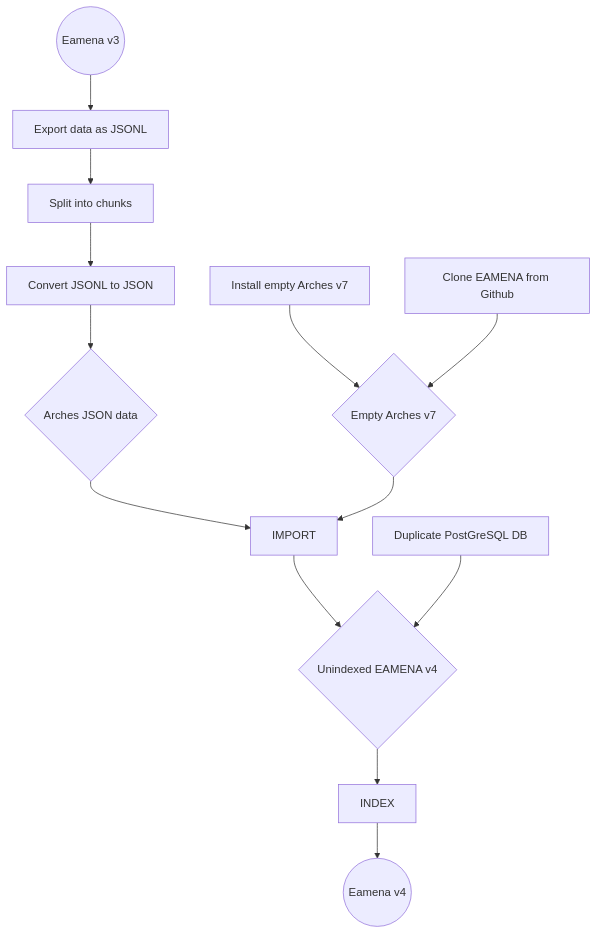
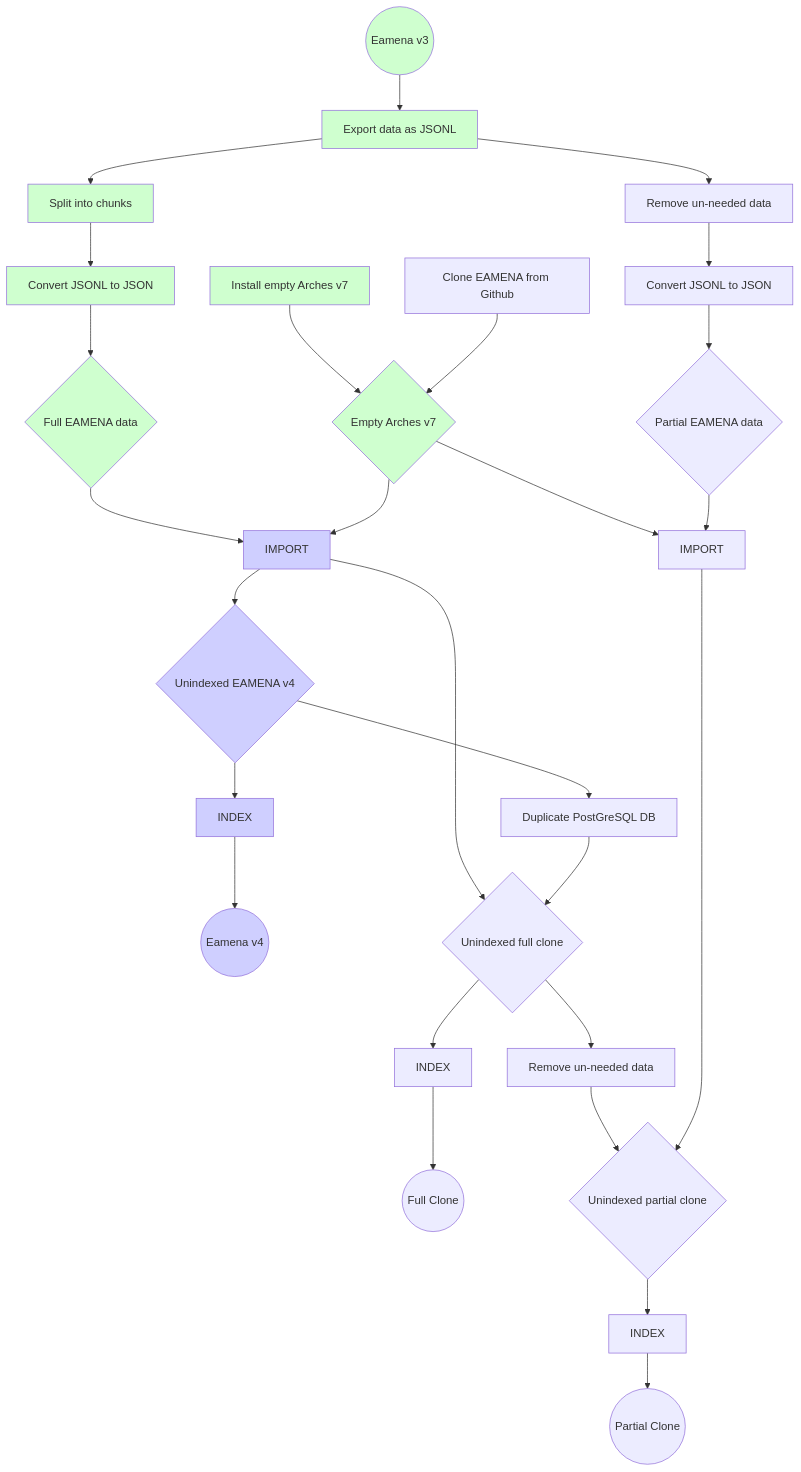
One commit to eamena-project/eamena-arches-dev changed the diagram in dbs/database.eamena/docs/notes/Routes.md. Above: the diagram before and after it, drawn with Mermaid.

Commit message:
Styled/updated routes flow chart

````diff
--- a/dbs/database.eamena/docs/notes/Routes.md
+++ b/dbs/database.eamena/docs/notes/Routes.md
@@ -3,15 +3,41 @@
 ```mermaid
-flowchart TD
+flowchart
 	id1((Eamena v3))-->id2[Export data as JSONL]
 	id2-->id3[Split into chunks]
 	id3-->id4[Convert JSONL to JSON]
-	id4-->id5{Arches JSON data}
+	id4-->id5{Full EAMENA data}
 	id5-->id6[IMPORT]
 	id7[Install empty Arches v7]-->id8{Empty Arches v7}
 	id9[Clone EAMENA from Github]-->id8
 	id8-->id6
 	id6-->id10{Unindexed EAMENA v4}
-	id11[Duplicate PostGreSQL DB]-->id10
+	id10-->id11[Duplicate PostGreSQL DB]
 	id10-->id12[INDEX]
 	id12-->id13((Eamena v4))
+	id2-->id14[Remove un-needed data]
+	id6-->id15{Unindexed full clone}
+	id11-->id15
+	id15-->id16[INDEX]
+	id16-->id17((Full Clone))
+	id18{Unindexed partial clone}-->id19[INDEX]
+	id19-->id20((Partial Clone))
+	id14-->id21[Convert JSONL to JSON]
+	id21-->id22{Partial EAMENA data}
+	id15-->id23[Remove un-needed data]
+	id8-->id24[IMPORT]
+	id22-->id24
+	id23-->id18
+	id24-->id18
+	style id1 fill:#CFFFCF
+	style id2 fill:#CFFFCF
+	style id3 fill:#CFFFCF
+	style id4 fill:#CFFFCF
+	style id5 fill:#CFFFCF
+	style id7 fill:#CFFFCF
+	style id8 fill:#CFFFCF
+	style id6 fill:#CFCFFF
+	style id10 fill:#CFCFFF
+	style id12 fill:#CFCFFF
+	style id13 fill:#CFCFFF
+	
 ```
````
